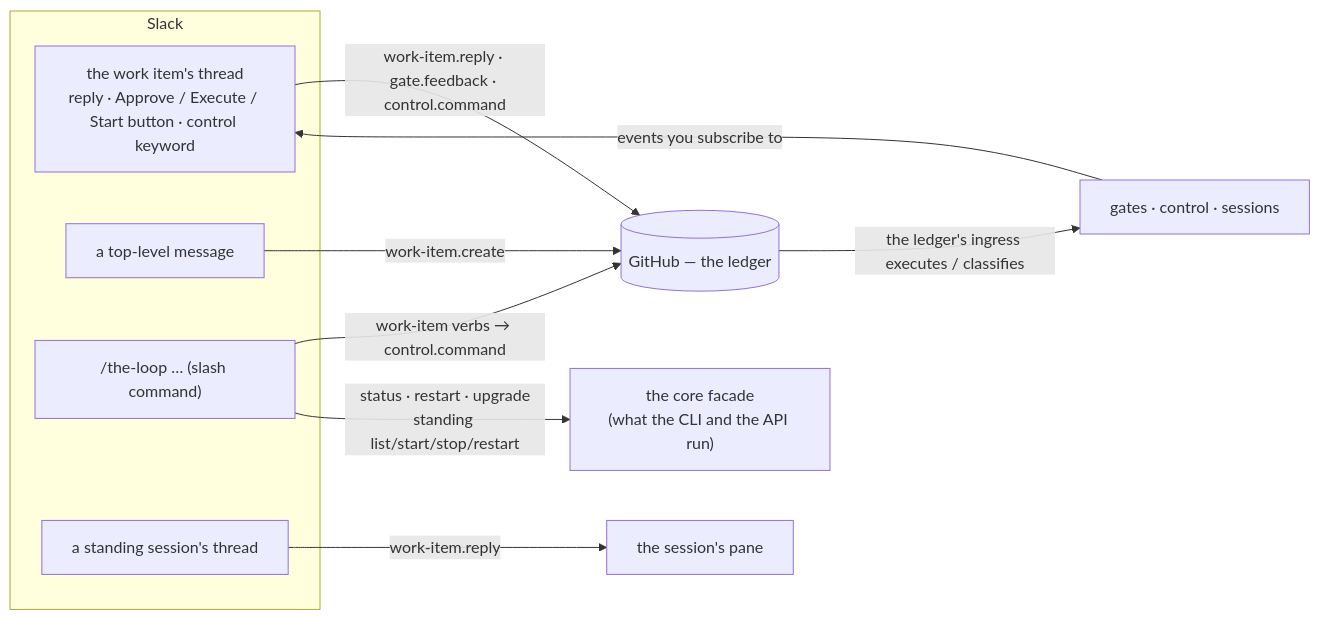
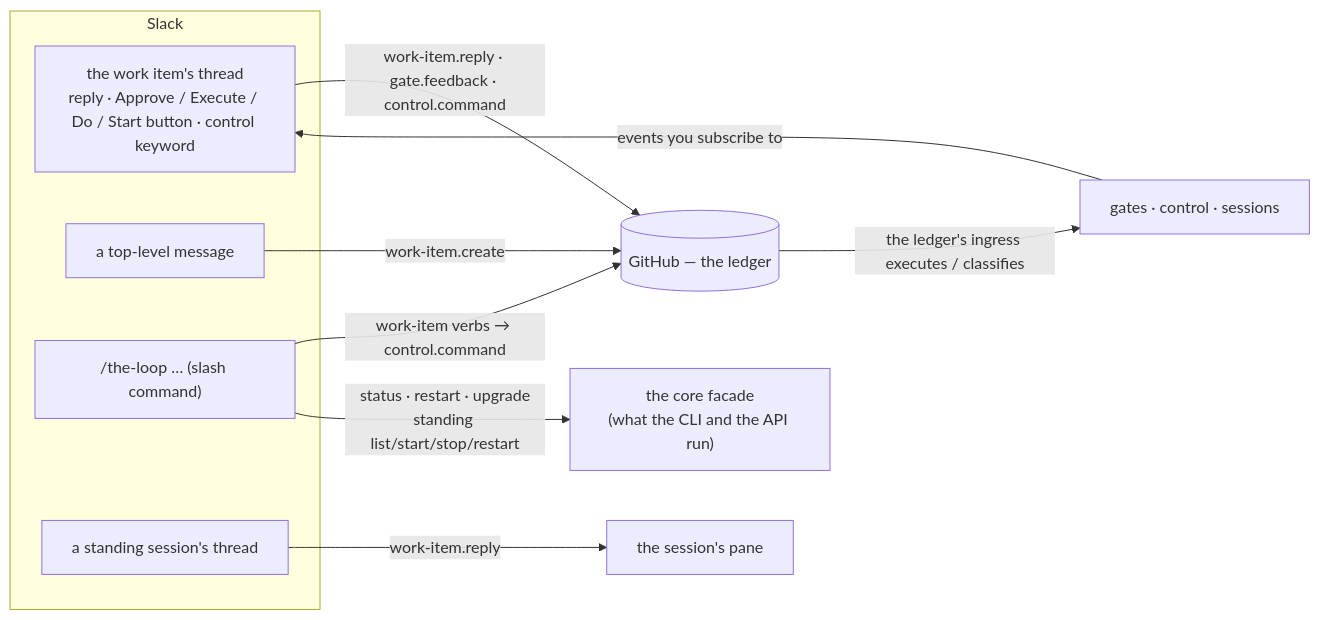
The diagram in docs/guide/slack.md (MadaraUchiha-314/the-loop), drawn with Mermaid before and after one commit. The commit also changed other lines of this file and 33 other files, not shown here.

````diff
--- a/docs/guide/slack.md
+++ b/docs/guide/slack.md
@@ -14,16 +14,16 @@
 ```mermaid
 flowchart LR
   subgraph slack["Slack"]
-    TH["the work item's thread<br/>reply · Approve / Execute / Start button · control keyword"]
+    TH["the work item's thread<br/>reply · Approve / Execute / Do / Start button · control keyword"]
     TOP["a top-level message"]
     CMD["/the-loop … (slash command)"]
     ST["a standing session's thread"]
   end
   TH -->|"work-item.reply · gate.feedback · control.command"| L[("GitHub — the ledger")]
   TOP -->|"work-item.create"| L
   CMD -->|"work-item verbs → control.command"| L
   CMD -->|"status · restart · upgrade<br/>standing list/start/stop/restart"| CORE["the core facade<br/>(what the CLI and the API run)"]
   ST -->|"work-item.reply"| PANE["the session's pane"]
   L -->|"the ledger's ingress executes / classifies"| LOOP["gates · control · sessions"]
   LOOP -->|"events you subscribe to"| TH
 ```
````
